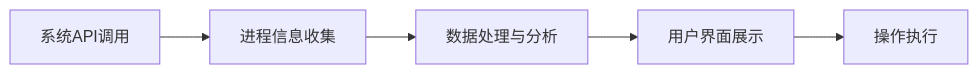
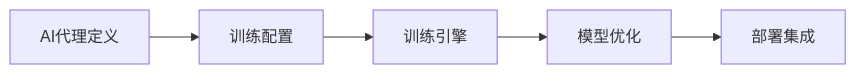
The fifth of 6 diagrams in reports/2026/01/2026-01-20.md (wayyoungboy/github-trending-reporter), drawn with Mermaid before and after one commit. The commit also changed other lines of this file and 1 other file, not shown here.

````diff
--- a/reports/2026/01/2026-01-20.md
+++ b/reports/2026/01/2026-01-20.md
@@ -314,7 +303,7 @@
 ```mermaid
 graph LR
-    A[系统API调用] --> B[进程信息收集]
-    B --> C[数据处理与分析]
-    C --> D[用户界面展示]
-    D --> E[操作执行]
+    A[AI代理定义] --> B[训练配置]
+    B --> C[训练引擎]
+    C --> D[模型优化]
+    D --> E[部署集成]
 ```
````
